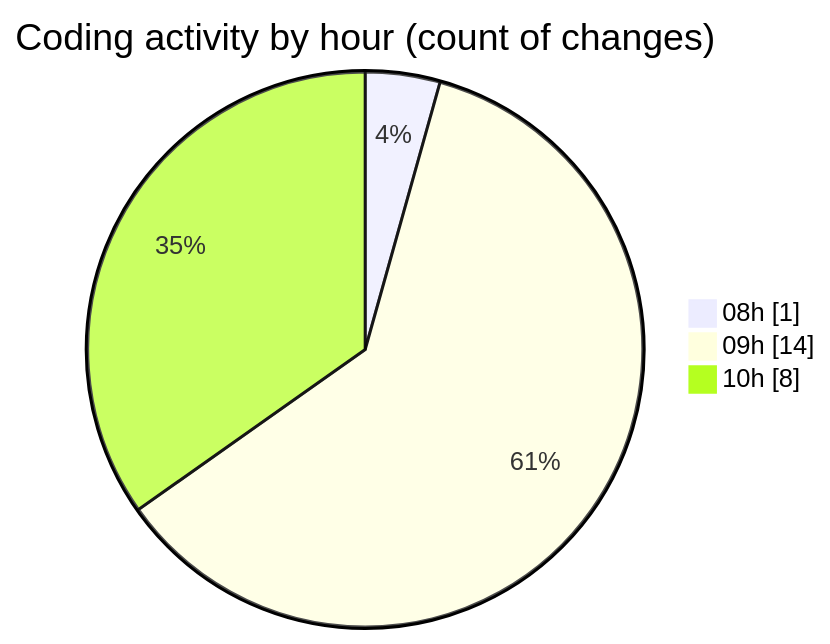
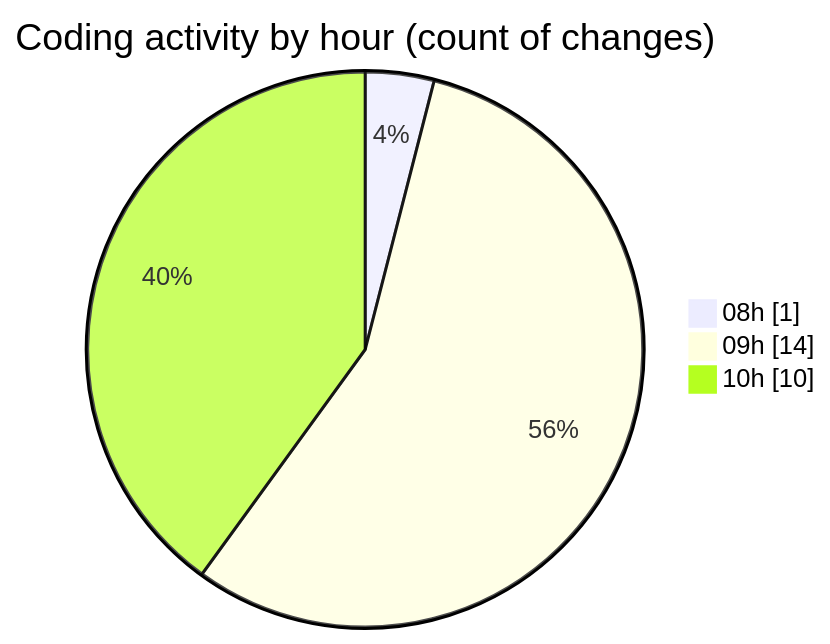
Before and after one commit to ricardozamudiocil/code-tracking: the second of 2 diagrams in 2026-05-20/cilapp/README.md, drawn with Mermaid. The commit also changed other lines of this file and 1 other file, not shown here.

````diff
--- a/2026-05-20/cilapp/README.md
+++ b/2026-05-20/cilapp/README.md
@@ -32,7 +33,7 @@
 ```mermaid
 pie showData
 title Coding activity by hour (count of changes)
 "08h" : 1
 "09h" : 14
-"10h" : 8
+"10h" : 10
 ```
````
